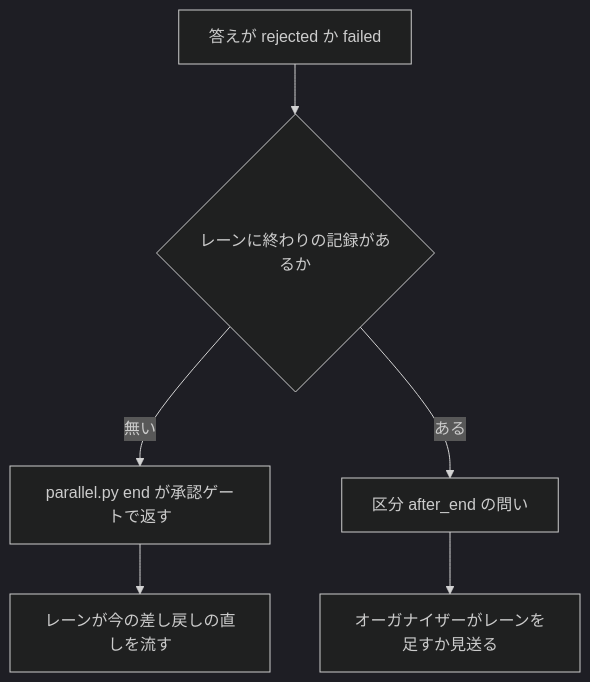
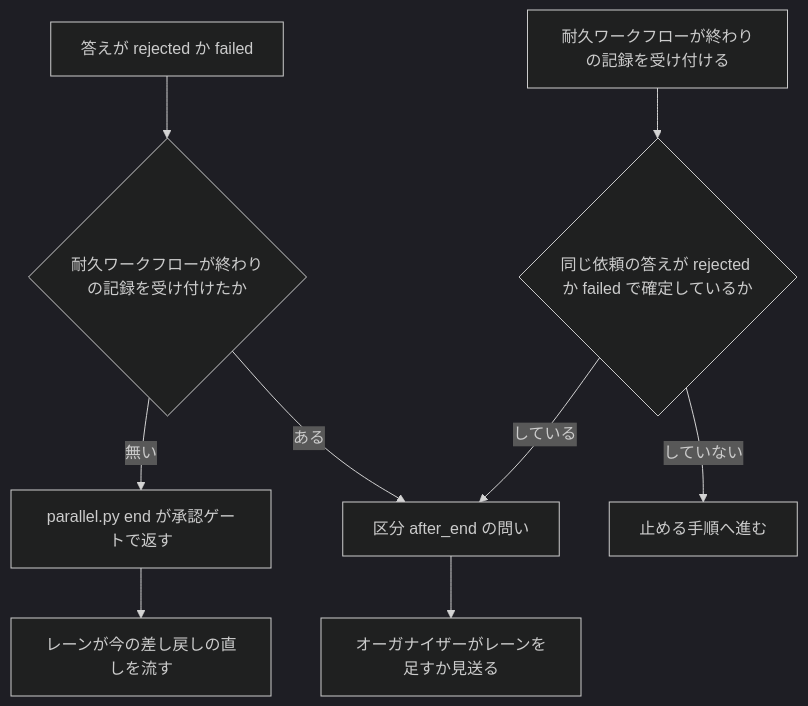
One commit to devbasex/ai-plugins changed the fourth of 5 diagrams in issues/issue-3058-design.md. Above: the diagram before and after it, drawn with Mermaid (dark theme). The commit also changed other lines of this file, not shown here.

````diff
--- a/issues/issue-3058-design.md
+++ b/issues/issue-3058-design.md
@@ -320,8 +326,11 @@
 ```mermaid
 graph TD
-    A[答えが rejected か failed] --> B{レーンに終わりの記録があるか}
+    A[答えが rejected か failed] --> B{耐久ワークフローが終わりの記録を受け付けたか}
     B -->|無い| C[parallel.py end が承認ゲートで返す]
     C --> D[レーンが今の差し戻しの直しを流す]
     B -->|ある| E[区分 after_end の問い]
     E --> F[オーガナイザーがレーンを足すか見送る]
+    G[耐久ワークフローが終わりの記録を受け付ける] --> H{同じ依頼の答えが rejected か failed で確定しているか}
+    H -->|している| E
+    H -->|していない| I[止める手順へ進む]
 ```
````
